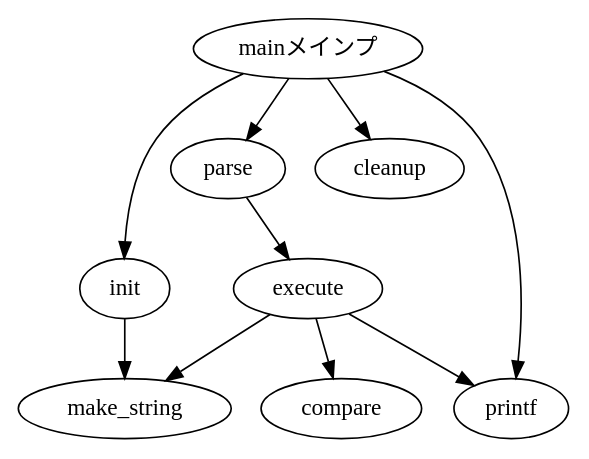
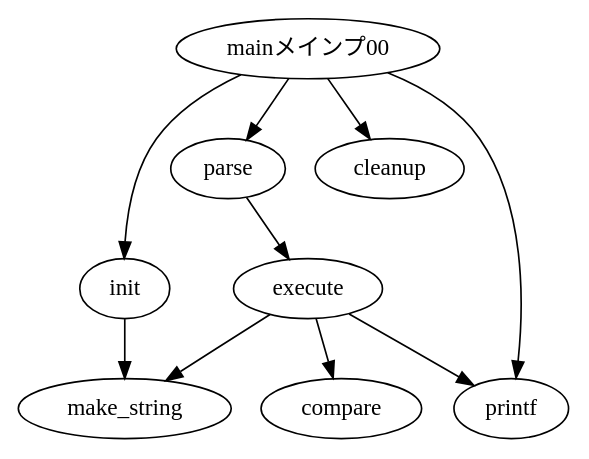
Before and after one commit to azarasi/asciidoctor-sample: the third of 3 diagrams in sample/sample-diagram.adoc, drawn with Graphviz. The commit also changed other lines of this file and 16 other files, not shown here.

```diff
--- a/sample/sample-diagram.adoc
+++ b/sample/sample-diagram.adoc
@@ -174,17 +174,17 @@
 [graphviz,sample-dot-diagram1,svg]
 ----
 digraph G {
   node [
-    fontname = "Migu 1M"
+    fontname = "MigMix 1p"
   ]
 
-	mainメインプ -> parse -> execute;
-	mainメインプ -> init;
-	mainメインプ -> cleanup;
+	mainメインプ00 -> parse -> execute;
+	mainメインプ00 -> init;
+	mainメインプ00 -> cleanup;
 	execute -> make_string;
 	execute -> printf
 	init -> make_string;
-	mainメインプ -> printf;
+	mainメインプ00 -> printf;
 	execute -> compare;
 }
 ----
```
